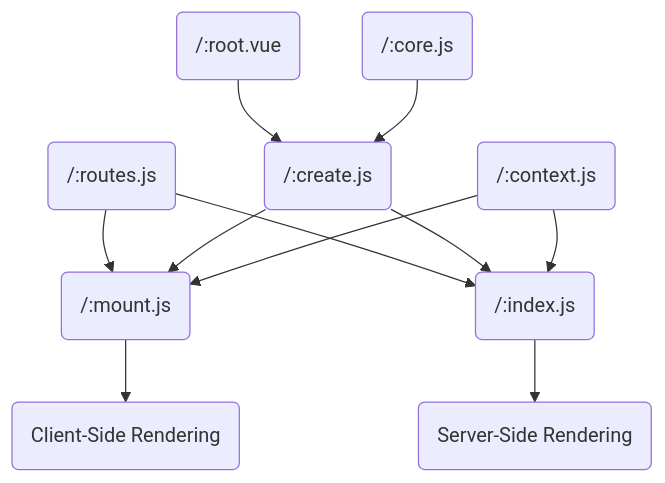
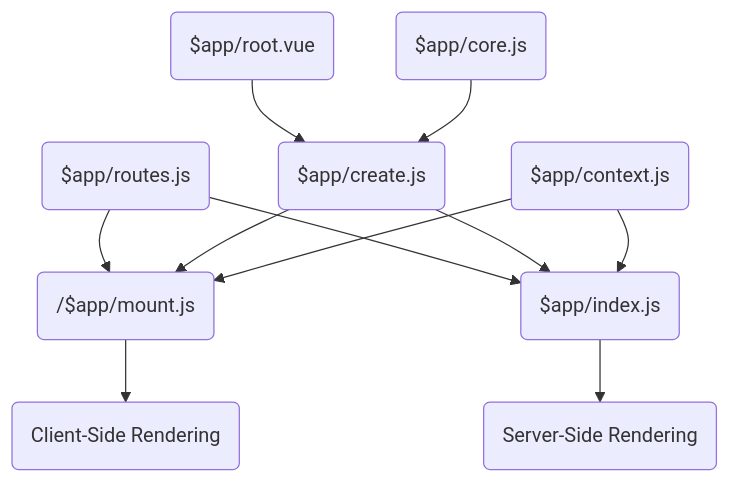
Before and after one commit to fastify/fastify-vite: the diagram in docs/vue/project-structure.md, drawn with Mermaid. The commit also changed other lines of this file and 18 other files, not shown here.

````diff
--- a/docs/vue/project-structure.md
+++ b/docs/vue/project-structure.md
@@ -377,13 +377,13 @@
 ```mermaid
 flowchart TD
-    V("/:root.vue") --> B
-    A("/:core.js") --> B("/:create.js")
-    C("/:routes.js") --> D
+    V("$app/root.vue") --> B
+    A("$app/core.js") --> B("$app/create.js")
+    C("$app/routes.js") --> D
     C --> E
-    B --> D("/:mount.js")
-    B --> E("/:index.js")
-    T("/:context.js") --> D
-    T("/:context.js") --> E
+    B --> D("/$app/mount.js")
+    B --> E("$app/index.js")
+    T("$app/context.js") --> D
+    T("$app/context.js") --> E
     D --> CSR("Client-Side Rendering")
     E --> SSR("Server-Side Rendering")
 ```
````
